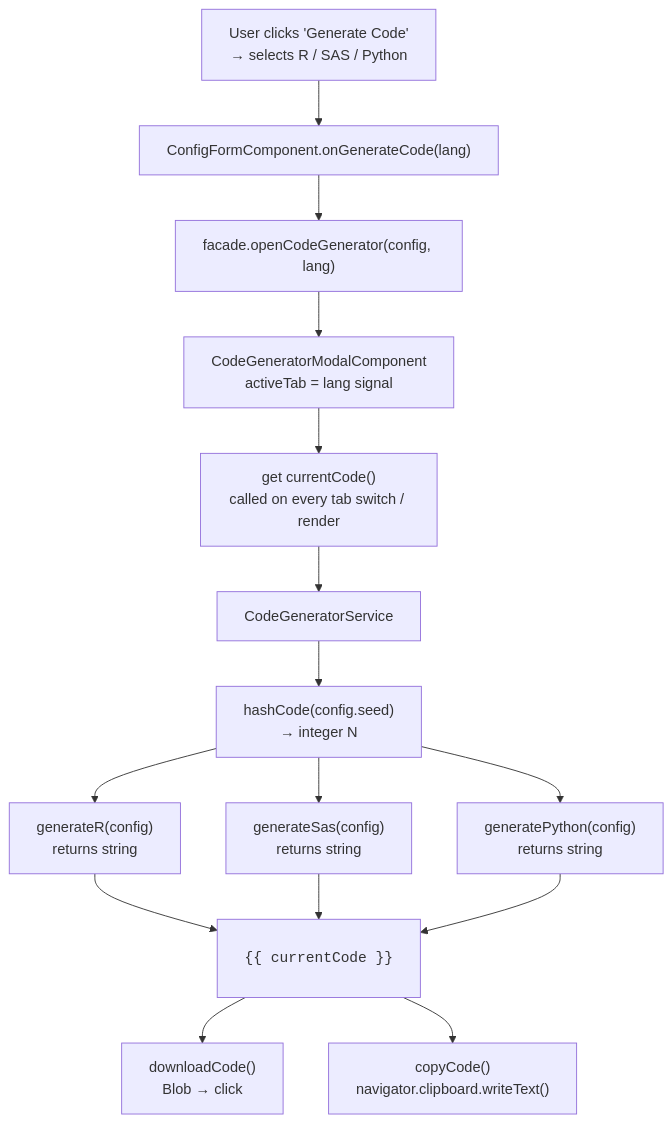
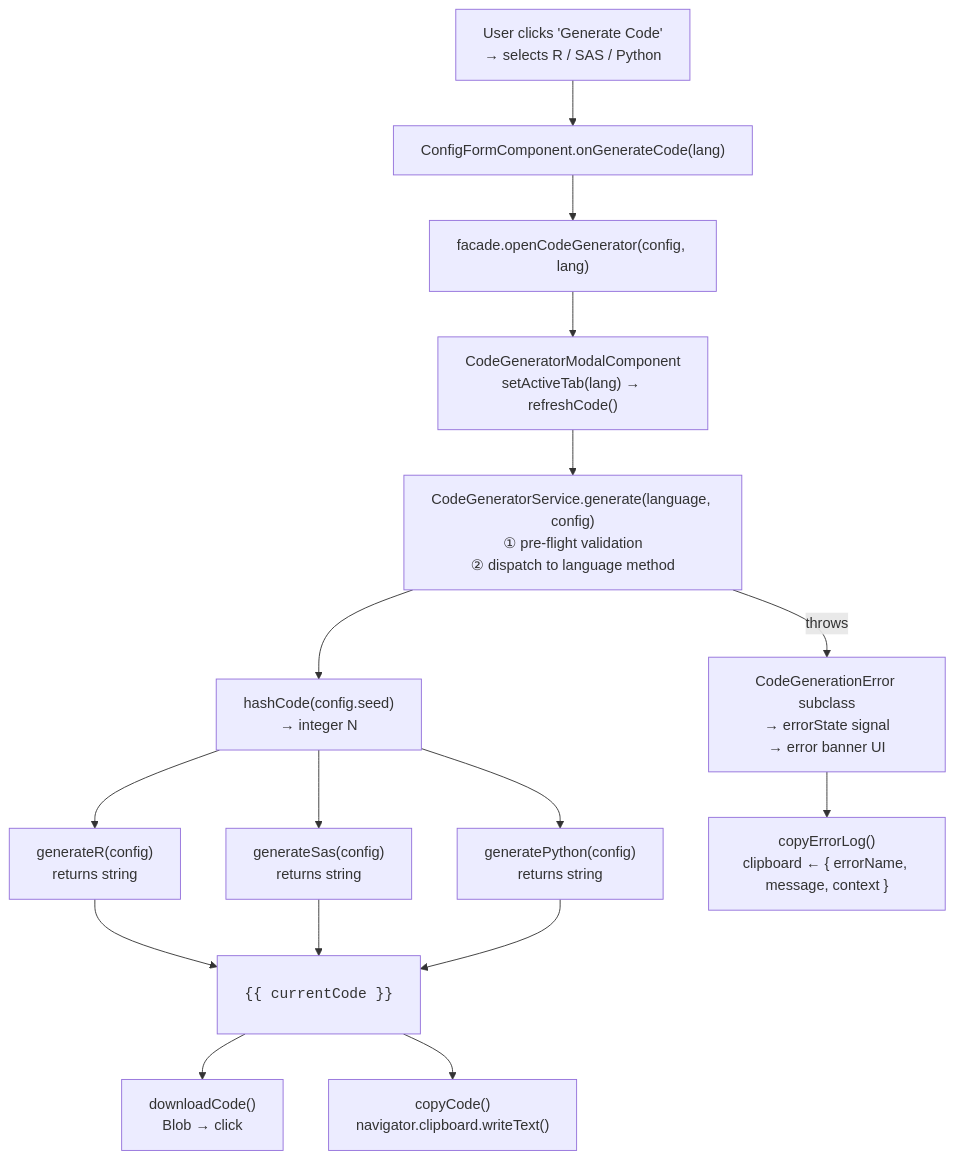
The tenth of 17 diagrams in docs/ARCHITECTURE.md (fderuiter/Clinical-Randomization-Generator), drawn with Mermaid before and after one commit. The commit also changed other lines of this file, not shown here.

First line of the commit message:
docs: update ARCHITECTURE.md for v1.3.0 error hierarchy changes

````diff
--- a/docs/ARCHITECTURE.md
+++ b/docs/ARCHITECTURE.md
@@ -576,24 +581,26 @@
 ```mermaid
 flowchart TD
     MODAL_BTN["User clicks 'Generate Code'\n→ selects R / SAS / Python"]
     FORM4["ConfigFormComponent.onGenerateCode(lang)"]
     FACADE4["facade.openCodeGenerator(config, lang)"]
-    MODAL4["CodeGeneratorModalComponent\nactiveTab = lang signal"]
-    GETTER["get currentCode()\ncalled on every tab switch / render"]
+    MODAL4["CodeGeneratorModalComponent\nsetActiveTab(lang) → refreshCode()"]
+    ENTRY["CodeGeneratorService.generate(language, config)\n① pre-flight validation\n② dispatch to language method"]
 
-    MODAL_BTN --> FORM4 --> FACADE4 --> MODAL4 --> GETTER
+    MODAL_BTN --> FORM4 --> FACADE4 --> MODAL4 --> ENTRY
 
-    GETTER --> CGS["CodeGeneratorService"]
-    CGS --> HASH2["hashCode(config.seed)\n→ integer N"]
+    ENTRY --> CGS["hashCode(config.seed)\n→ integer N"]
 
-    HASH2 --> GR["generateR(config)\nreturns string"]
-    HASH2 --> GSAS["generateSas(config)\nreturns string"]
-    HASH2 --> GPY["generatePython(config)\nreturns string"]
+    CGS --> GR["generateR(config)\nreturns string"]
+    CGS --> GSAS["generateSas(config)\nreturns string"]
+    CGS --> GPY["generatePython(config)\nreturns string"]
 
     GR --> DISP["<pre><code>{{ currentCode }}</code></pre>"]
     GSAS --> DISP
     GPY --> DISP
 
     DISP --> DL["downloadCode()\nBlob → <a download> click"]
     DISP --> CP["copyCode()\nnavigator.clipboard.writeText()"]
+
+    ENTRY -- "throws" --> ERR["CodeGenerationError subclass\n→ errorState signal\n→ error banner UI"]
+    ERR --> CPE["copyErrorLog()\nclipboard ← { errorName, message, context }"]
 ```
````
